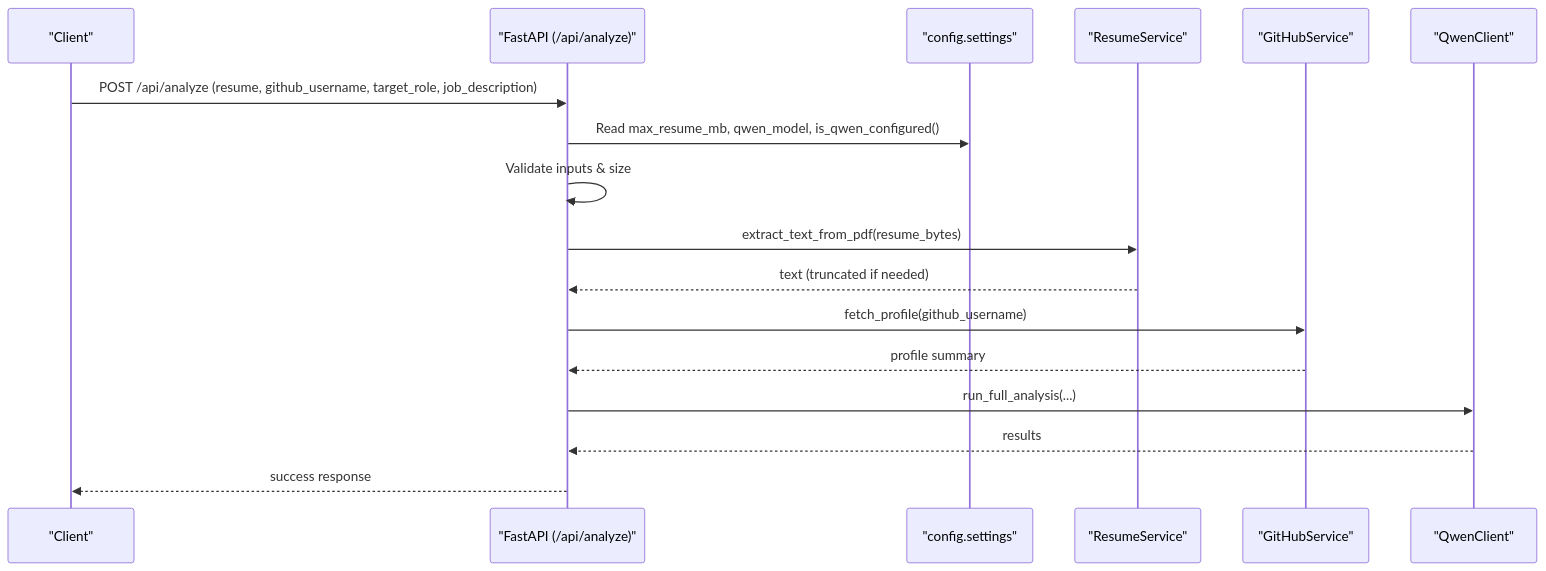
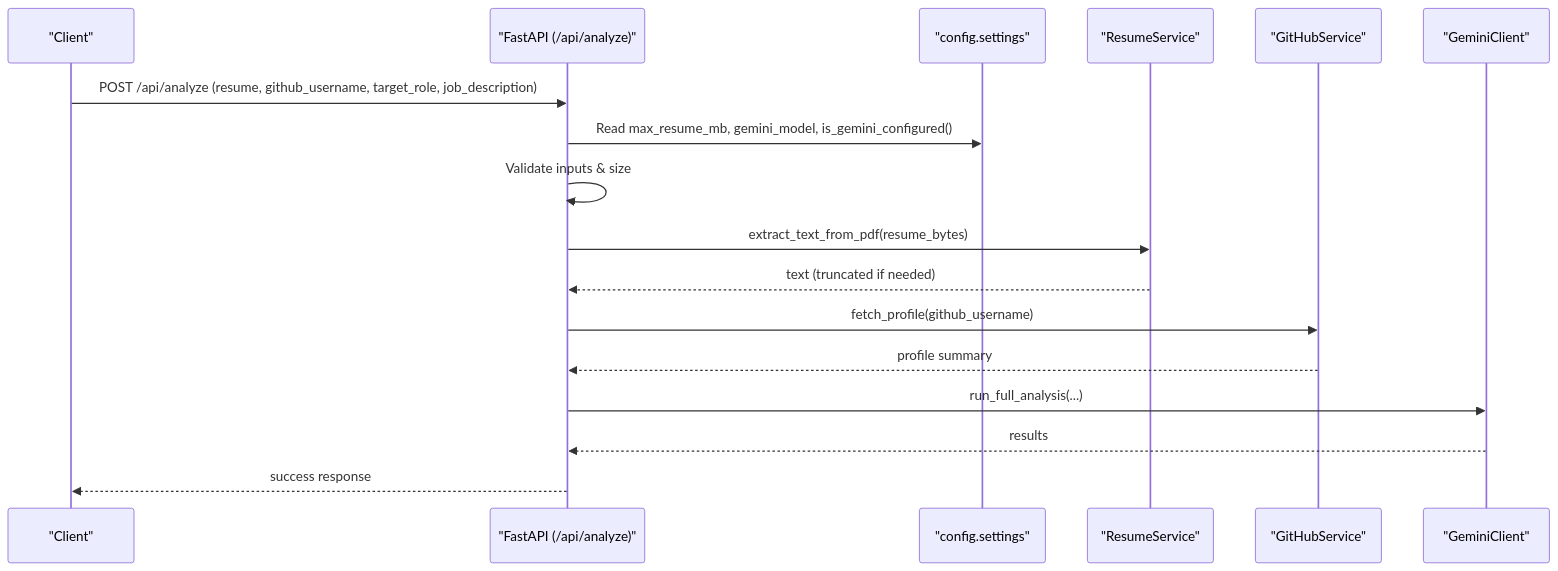
The fifth of 6 diagrams in .qoder/repowiki/en/content/External Integrations/Configuration Management.md (waqarimran342/CareerOS-AI), drawn with Mermaid before and after one commit. The commit also changed other lines of this file and 32 other files, not shown here.

````diff
--- a/.qoder/repowiki/en/content/External Integrations/Configuration Management.md
+++ b/.qoder/repowiki/en/content/External Integrations/Configuration Management.md
@@ -220,19 +223,19 @@
 ```mermaid
 sequenceDiagram
 participant Client as "Client"
 participant API as "FastAPI (/api/analyze)"
 participant CFG as "config.settings"
 participant Resume as "ResumeService"
 participant GH as "GitHubService"
-participant Q as "QwenClient"
+participant G as "GeminiClient"
 Client->>API : POST /api/analyze (resume, github_username, target_role, job_description)
-API->>CFG : Read max_resume_mb, qwen_model, is_qwen_configured()
+API->>CFG : Read max_resume_mb, gemini_model, is_gemini_configured()
 API->>API : Validate inputs & size
 API->>Resume : extract_text_from_pdf(resume_bytes)
 Resume-->>API : text (truncated if needed)
 API->>GH : fetch_profile(github_username)
 GH-->>API : profile summary
-API->>Q : run_full_analysis(...)
-Q-->>API : results
+API->>G : run_full_analysis(...)
+G-->>API : results
 API-->>Client : success response
 ```
````
